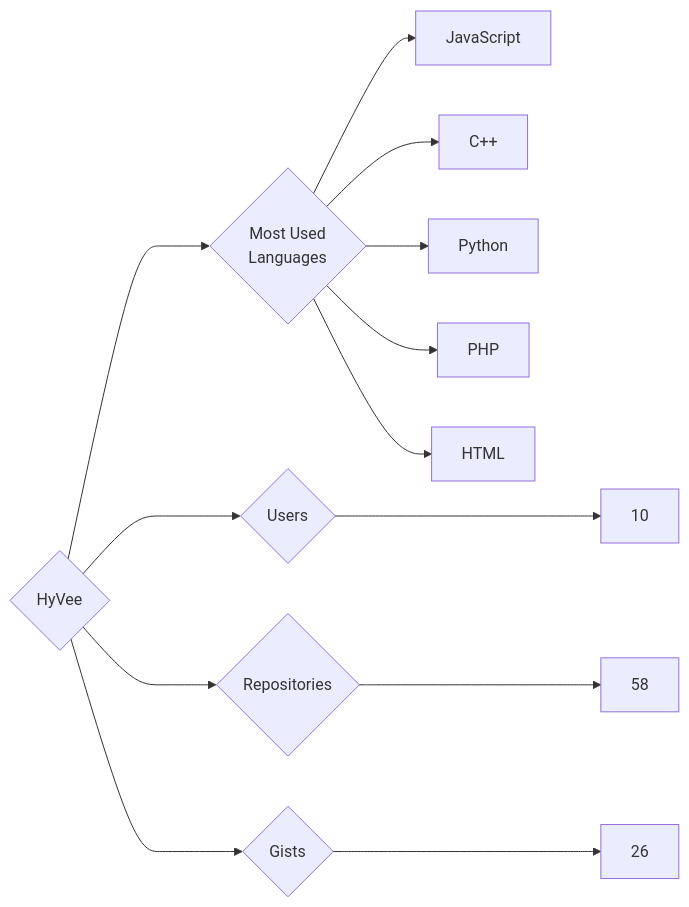
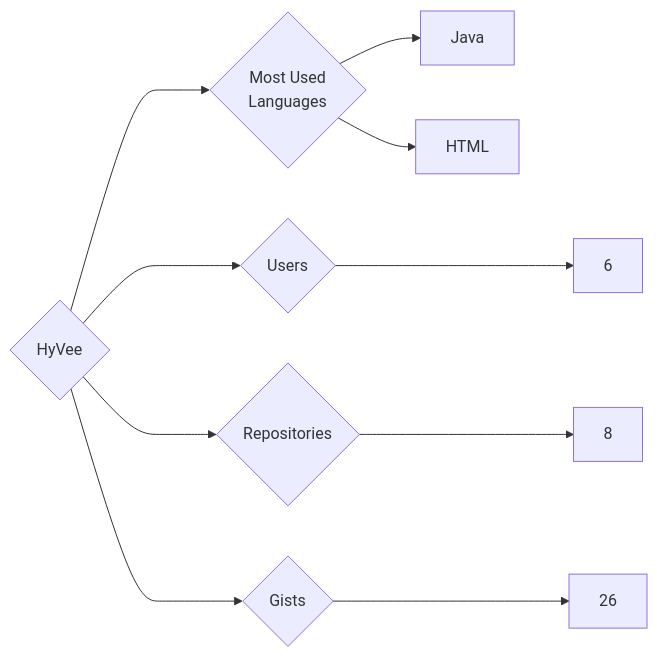
One commit to trickest/insiders changed the diagram in targets/HyVee/README.md. Above: the diagram before and after it, drawn with Mermaid. The commit also changed 894 other files, not shown here.

````diff
--- a/targets/HyVee/README.md
+++ b/targets/HyVee/README.md
@@ -3,13 +3,10 @@
 ```mermaid
 graph LR
 COMPANY_NAME{HyVee}
-COMPANY_NAME ---> U{Users} ---> UN[10]
-COMPANY_NAME ---> R{Repositories} ---> RN[58]
+COMPANY_NAME ---> U{Users} ---> UN[6]
+COMPANY_NAME ---> R{Repositories} ---> RN[8]
 COMPANY_NAME ---> G{Gists} ---> GN[26]
 COMPANY_NAME ---> ML{Most Used<br>Languages}
-ML --> JavaScript[JavaScript]
-ML --> C++[C++]
-ML --> Python[Python]
-ML --> PHP[PHP]
+ML --> Java[Java]
 ML --> HTML[HTML]
 ```
````
